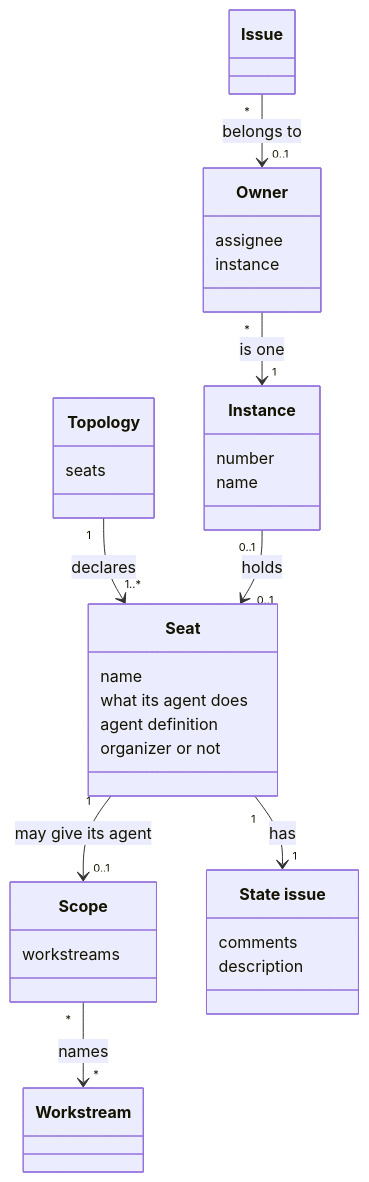
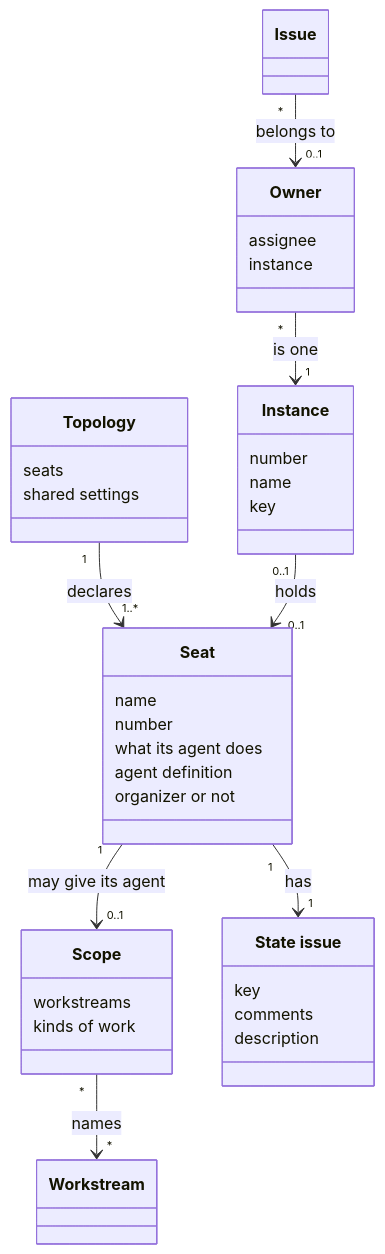
The first of 3 diagrams in tech-docs/analysis/project-management/domain-model/060-parallel-work.md (aleskalfas/project-kit), drawn with Mermaid before and after one commit. The commit also changed other lines of this file and 26 other files, not shown here.

````diff
--- a/tech-docs/analysis/project-management/domain-model/060-parallel-work.md
+++ b/tech-docs/analysis/project-management/domain-model/060-parallel-work.md
@@ -37,38 +39,43 @@
 ```mermaid
 classDiagram
   accTitle: Parallel work
-  accDescr: A topology declares seats. A seat may give its agent a scope, which names workstreams. A seat has one state issue. An instance holds at most one seat. An issue belongs to at most one owner, which is one instance, paired with the issue's assignee.
+  accDescr: A topology declares seats, and the settings they share. A seat may give its agent a scope, which names workstreams and kinds of work. A seat has one state issue, keyed by the seat's name. An instance holds at most one seat, and takes the seat's name and number. An issue belongs to at most one owner, which is one instance, paired with the issue's assignee.
   class Topology {
     seats
+    shared settings
   }
   class Seat {
     name
+    number
     what its agent does
     agent definition
     organizer or not
   }
   class Scope {
     workstreams
+    kinds of work
   }
   class Instance {
     number
     name
+    key
   }
   class Owner {
     assignee
     instance
   }
   class StateIssue["State issue"] {
+    key
     comments
     description
   }
   class Workstream
   class Issue
   Topology "1" --> "1..*" Seat : declares
   Seat "1" --> "0..1" Scope : may give its agent
   Seat "1" --> "1" StateIssue : has
   Instance "0..1" --> "0..1" Seat : holds
   Scope "*" --> "*" Workstream : names
   Owner "*" --> "1" Instance : is one
   Issue "*" --> "0..1" Owner : belongs to
 ```
````
